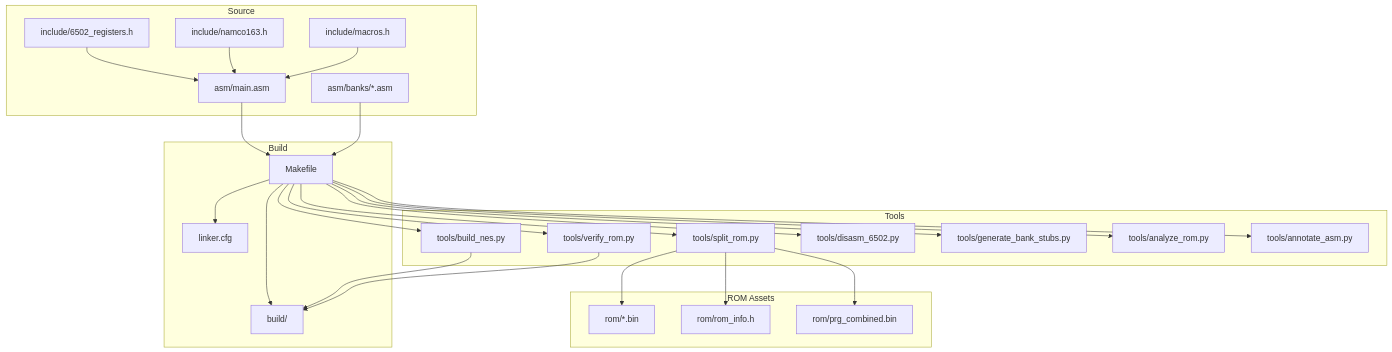
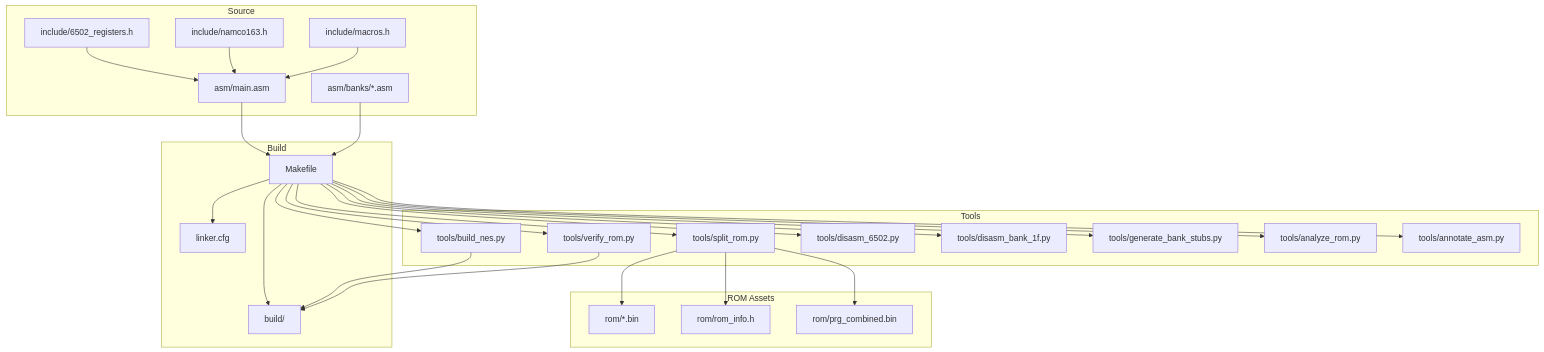
One commit to rabbyzero/sango2dasm changed the first of 10 diagrams in .qoder/repowiki/en/content/Build System and Tools/Build System and Tools.md. Above: the diagram before and after it, drawn with Mermaid. The commit also changed other lines of this file and 26 other files, not shown here.

````diff
--- a/.qoder/repowiki/en/content/Build System and Tools/Build System and Tools.md
+++ b/.qoder/repowiki/en/content/Build System and Tools/Build System and Tools.md
@@ -44,48 +53,50 @@
 ```mermaid
 graph TB
 subgraph "Source"
 A_main["asm/main.asm"]
 A_banks["asm/banks/*.asm"]
 H_regs["include/6502_registers.h"]
 H_namco["include/namco163.h"]
 H_macros["include/macros.h"]
 end
 subgraph "Build"
 MK["Makefile"]
 CFG["linker.cfg"]
 OUT["build/"]
 end
 subgraph "Tools"
 T_build["tools/build_nes.py"]
 T_verify["tools/verify_rom.py"]
 T_split["tools/split_rom.py"]
 T_disasm["tools/disasm_6502.py"]
+T_disasm1f["tools/disasm_bank_1f.py"]
 T_gen["tools/generate_bank_stubs.py"]
 T_analyze["tools/analyze_rom.py"]
 T_annotate["tools/annotate_asm.py"]
 end
 subgraph "ROM Assets"
 R_rom["rom/*.bin"]
 R_info["rom/rom_info.h"]
 R_combined["rom/prg_combined.bin"]
 end
 A_main --> MK
 A_banks --> MK
 H_regs --> A_main
 H_namco --> A_main
 H_macros --> A_main
 MK --> CFG
 MK --> OUT
 MK --> T_build
 MK --> T_verify
 MK --> T_split
 MK --> T_disasm
+MK --> T_disasm1f
 MK --> T_gen
 MK --> T_analyze
 MK --> T_annotate
 T_split --> R_rom
 T_split --> R_info
 T_split --> R_combined
 T_build --> OUT
 T_verify --> OUT
 ```
````
